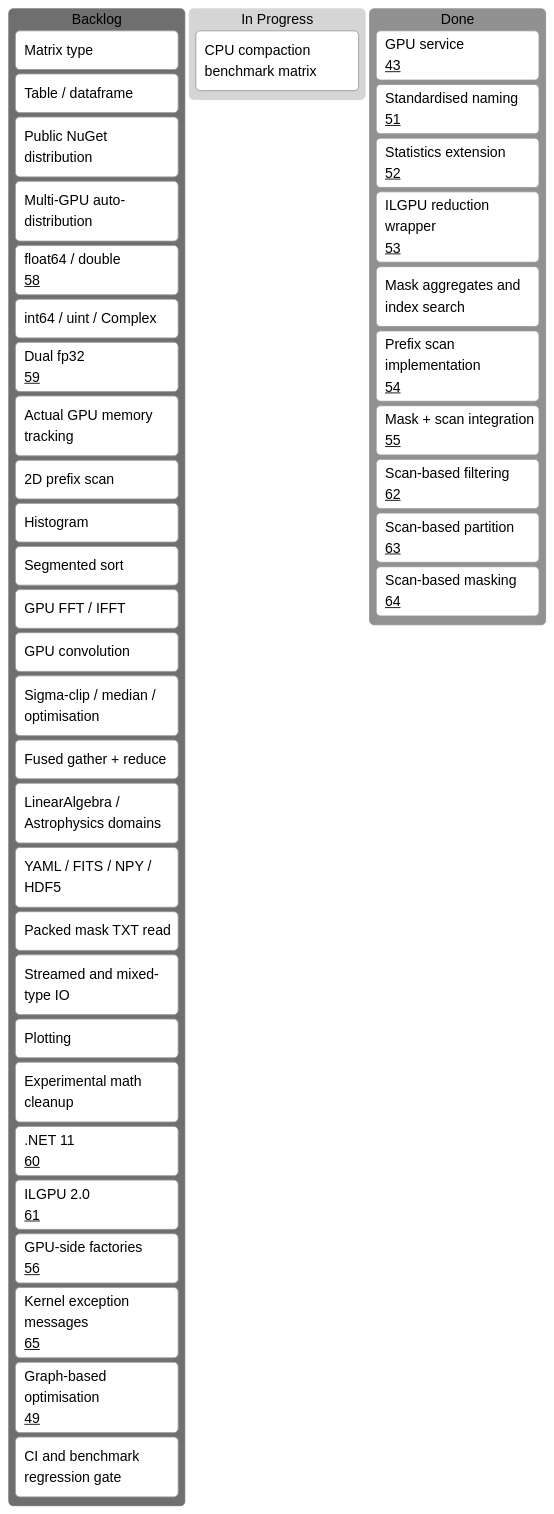
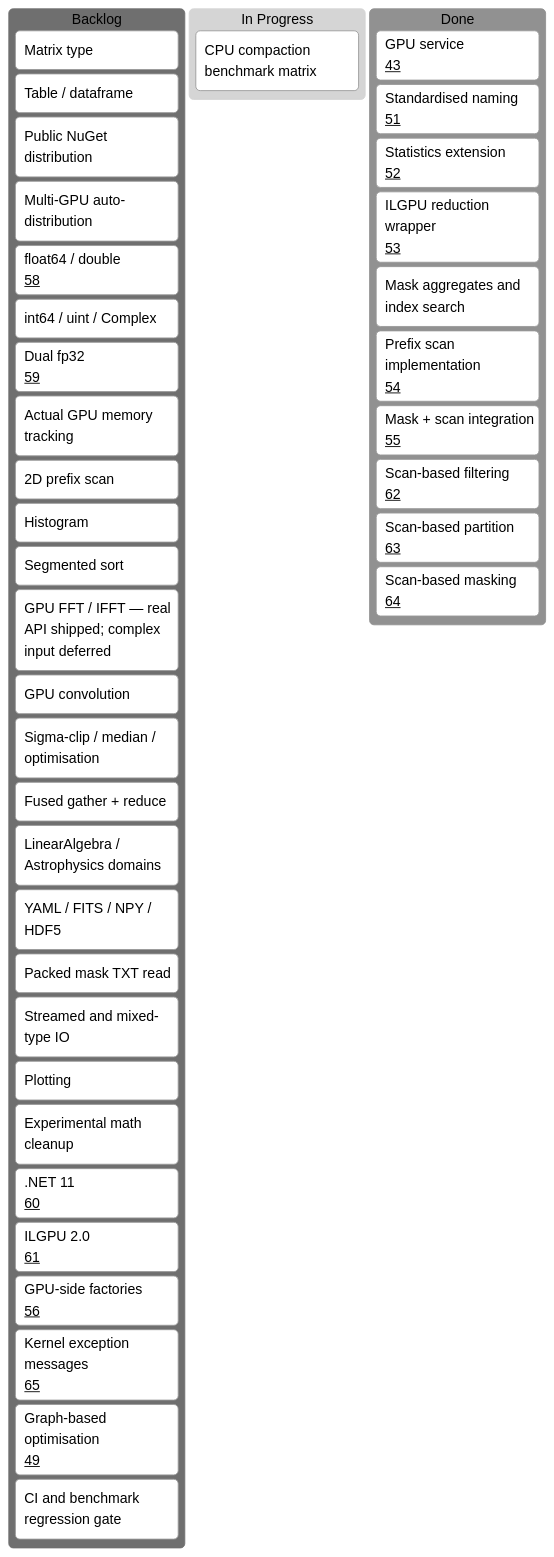
Before and after one commit to MPSQUARK/BAVCL: the diagram in Documentation/Roadmap.md, drawn with Mermaid (neutral theme). The commit also changed other lines of this file and 10 other files, not shown here.

Commit message:
Add real-input Fourier API and GPU domain

````diff
--- a/Documentation/Roadmap.md
+++ b/Documentation/Roadmap.md
@@ -6,51 +6,51 @@
 ```mermaid
 ---
 config:
   kanban:
     ticketBaseUrl: 'https://github.com/MPSQUARK/BAVCL/issues/#TICKET#'
 ---
 kanban
   backlog[Backlog]
     b1[Matrix type]
     b2[Table / dataframe]
     b3[Public NuGet distribution]
     b4[Multi-GPU auto-distribution]
     b5[float64 / double]@{ ticket: 58 }
     b6[int64 / uint / Complex]
     b7[Dual fp32]@{ ticket: 59 }
     b8[Actual GPU memory tracking]
     b9[2D prefix scan]
     b10[Histogram]
     b11[Segmented sort]
-    b12[GPU FFT / IFFT]
+    b12[GPU FFT / IFFT — real API shipped; complex input deferred]
     b13[GPU convolution]
     b14[Sigma-clip / median / optimisation]
     b15[Fused gather + reduce]
     b16[LinearAlgebra / Astrophysics domains]
     b17[YAML / FITS / NPY / HDF5]
     b18[Packed mask TXT read]
     b19[Streamed and mixed-type IO]
     b20[Plotting]
     b21[Experimental math cleanup]
     b22[.NET 11]@{ ticket: 60 }
     b23[ILGPU 2.0]@{ ticket: 61 }
     b24[GPU-side factories]@{ ticket: 56 }
     b25[Kernel exception messages]@{ ticket: 65 }
     b26[Graph-based optimisation]@{ ticket: 49 }
     b27[CI and benchmark regression gate]
 
   inprogress[In Progress]
     p6[CPU compaction benchmark matrix]
 
   done[Done]
     d1[GPU service]@{ ticket: 43 }
     d2[Standardised naming]@{ ticket: 51 }
     d3[Statistics extension]@{ ticket: 52 }
     d4[ILGPU reduction wrapper]@{ ticket: 53 }
     d5[Mask aggregates and index search]
     d6[Prefix scan implementation]@{ ticket: 54 }
     d7[Mask + scan integration]@{ ticket: 55 }
     d8[Scan-based filtering]@{ ticket: 62 }
     d9[Scan-based partition]@{ ticket: 63 }
     d10[Scan-based masking]@{ ticket: 64 }
 ```
````
